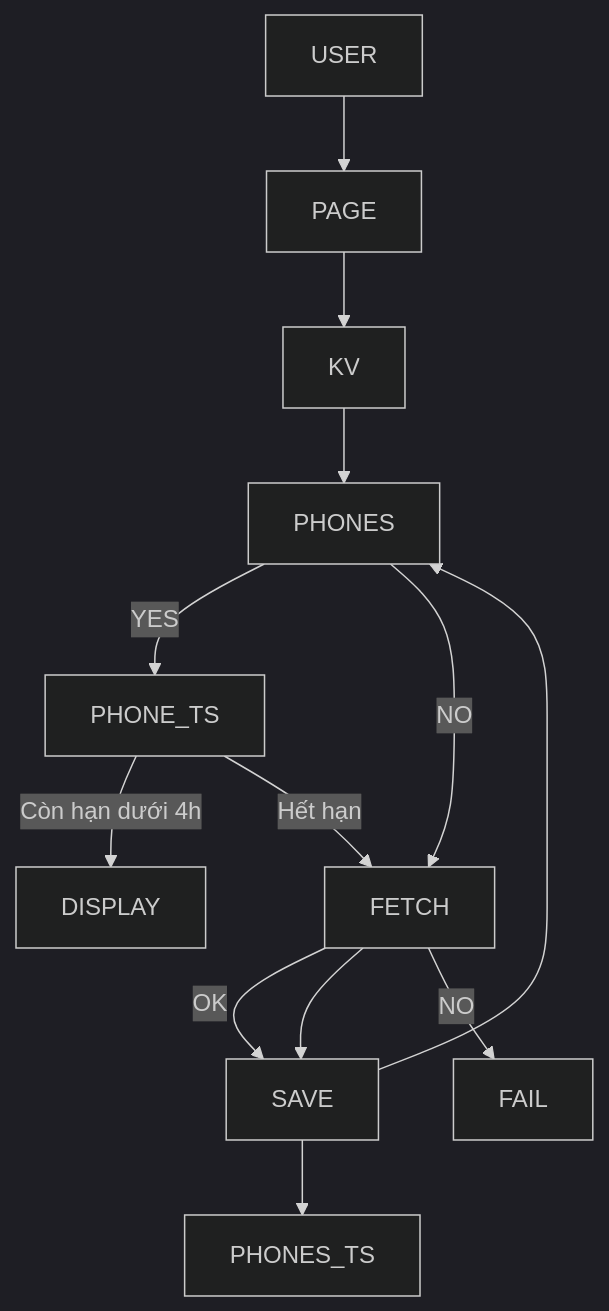
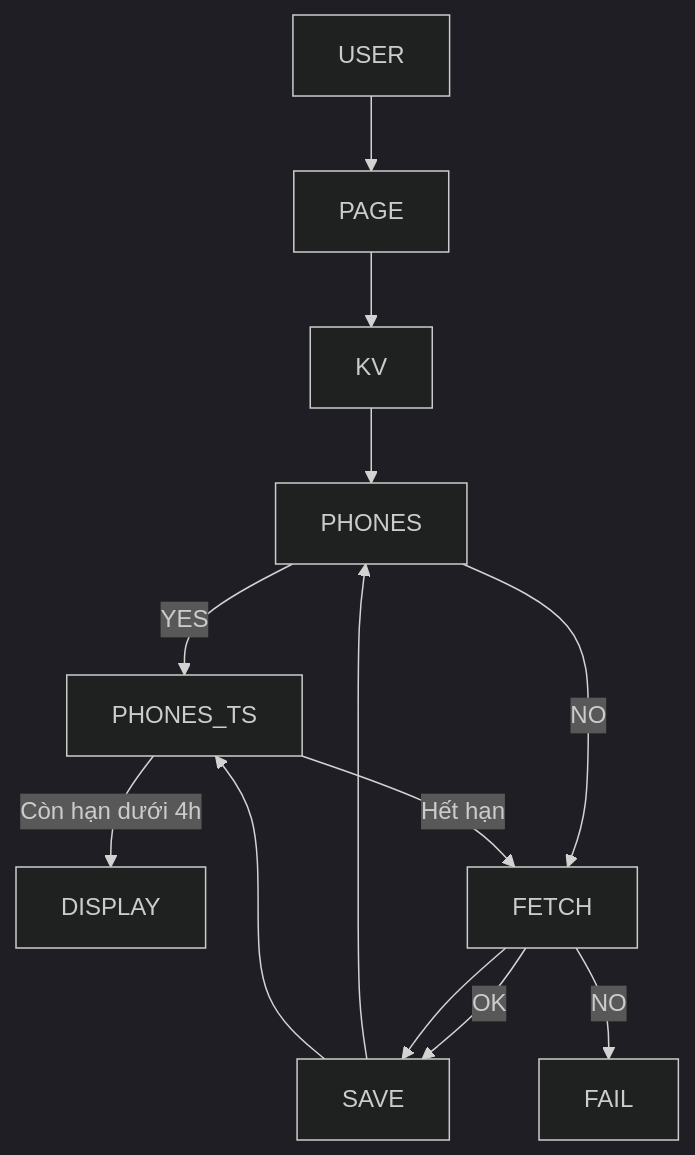
The diagram in README.md (rungkhoai/cf-worker-call-redirect-docs), drawn with Mermaid (dark theme) before and after one commit.

````diff
--- a/README.md
+++ b/README.md
@@ -3,14 +3,14 @@
 ```mermaid
 flowchart TD
-USER --> PAGE --> KV --> PHONES --> |YES| PHONE_TS --> |"Còn hạn dưới 4h"| DISPLAY
+USER --> PAGE --> KV --> PHONES --> |YES| PHONES_TS --> |"Còn hạn dưới 4h"| DISPLAY
 
 PHONES -->|NO| FETCH --> |OK| SAVE
 
-PHONE_TS --> |"Hết hạn"| FETCH --> SAVE
+PHONES_TS --> |"Hết hạn"| FETCH --> SAVE
 
 FETCH --> |NO| FAIL
 
 SAVE --> PHONES
 SAVE --> PHONES_TS
 
 ```
````
